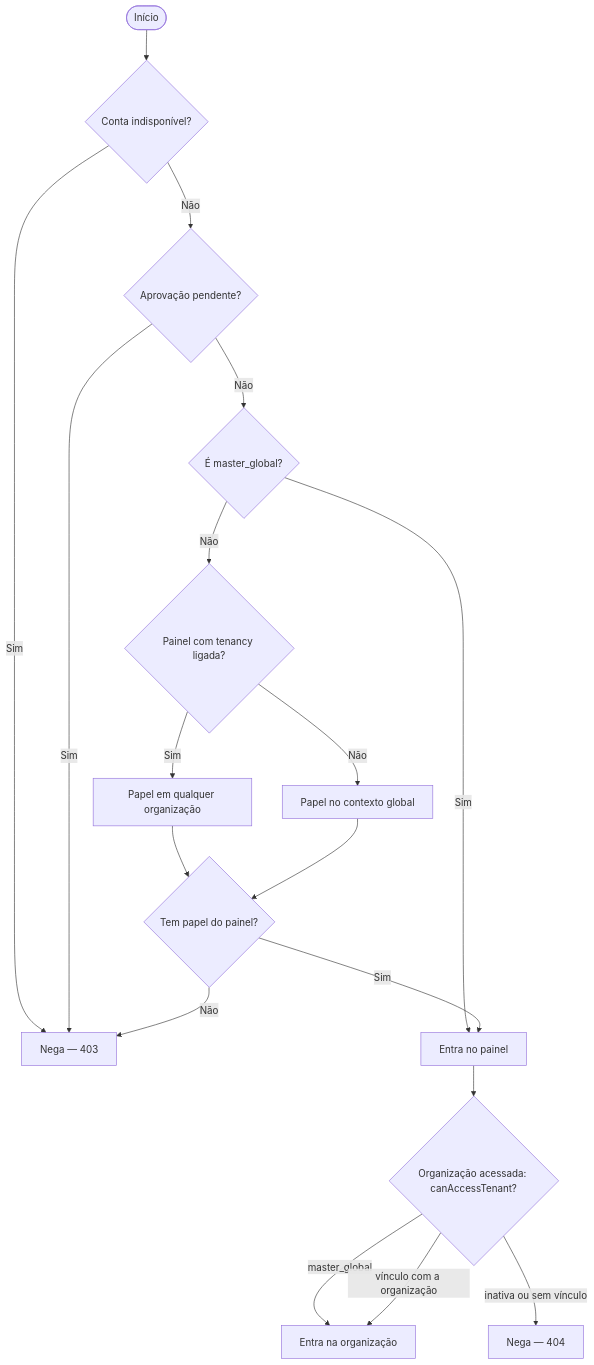
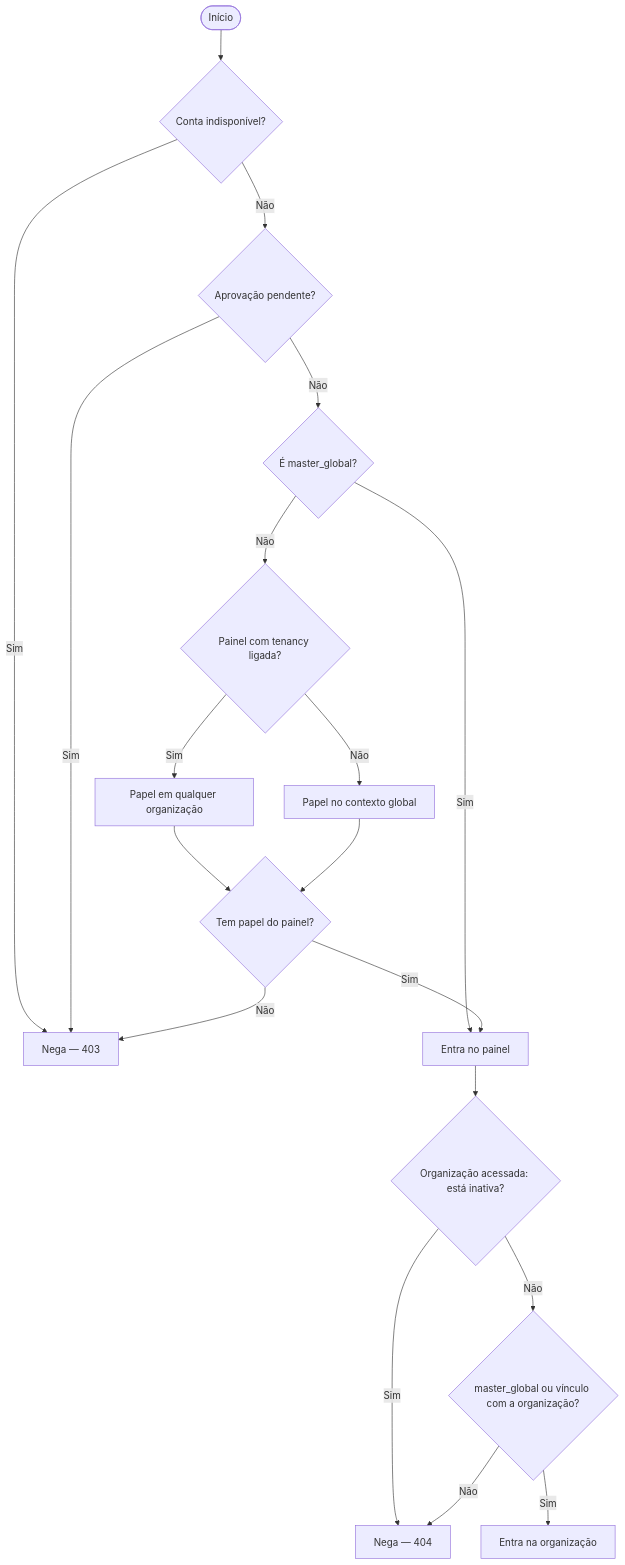
One commit to gsferro/filament-starter-kit-easy changed the third of 4 diagrams in docs/pt/referencia/arquitetura-em-diagramas.md. Above: the diagram before and after it, drawn with Mermaid. The commit also changed other lines of this file and 7 other files, not shown here.

First line of the commit message:
:bug: fix(docs): quatro diagramas que afirmavam o que o codigo nao faz

````diff
--- a/docs/pt/referencia/arquitetura-em-diagramas.md
+++ b/docs/pt/referencia/arquitetura-em-diagramas.md
@@ -127,23 +127,24 @@
 ```mermaid
 flowchart TD
 %% DG-03
 accTitle: Regra de acesso ao painel
 accDescr: A ordem de decisão de canAccessPanel, da indisponibilidade da conta até a checagem de papel, e a extensão de canAccessTenant quando o painel usa multi-organização sob KIT_TENANCY.
   inicio(["Início"]) --> checa_indisponivel{"Conta indisponível?"}
   checa_indisponivel -->|"Sim"| nega_403["Nega — 403"]
   checa_indisponivel -->|"Não"| checa_pendente{"Aprovação pendente?"}
   checa_pendente -->|"Sim"| nega_403
   checa_pendente -->|"Não"| checa_master{"É master_global?"}
   checa_master -->|"Sim"| permite["Entra no painel"]
   checa_master -->|"Não"| checa_contexto{"Painel com tenancy ligada?"}
   checa_contexto -->|"Sim"| papel_em_alguma["Papel em qualquer organização"]
   checa_contexto -->|"Não"| papel_global["Papel no contexto global"]
   papel_em_alguma --> checa_papel{"Tem papel do painel?"}
   papel_global --> checa_papel
   checa_papel -->|"Sim"| permite
   checa_papel -->|"Não"| nega_403
-  permite --> checa_tenant{"Organização acessada: canAccessTenant?"}
-  checa_tenant -->|"master_global"| permite_tenant["Entra na organização"]
-  checa_tenant -->|"vínculo com a organização"| permite_tenant
-  checa_tenant -->|"inativa ou sem vínculo"| nega_404["Nega — 404"]
+  permite --> checa_tenant{"Organização acessada: está inativa?"}
+  checa_tenant -->|"Sim"| nega_404["Nega — 404"]
+  checa_tenant -->|"Não"| checa_vinculo{"master_global ou vínculo com a organização?"}
+  checa_vinculo -->|"Sim"| permite_tenant["Entra na organização"]
+  checa_vinculo -->|"Não"| nega_404
 ```
````
